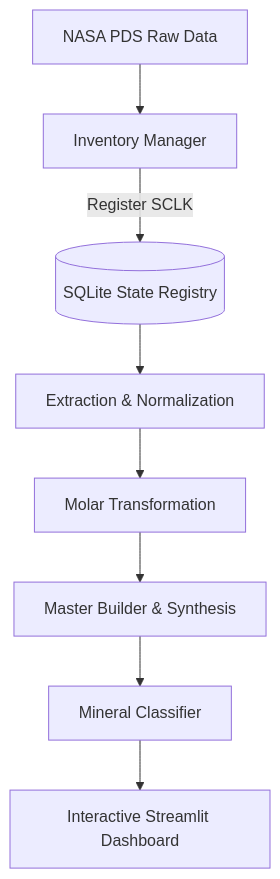
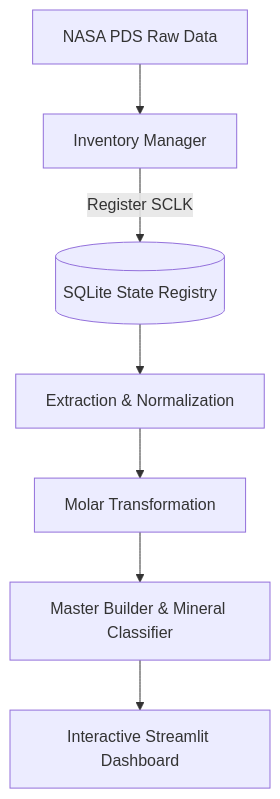
The diagram in README.md (EulerLft/Mars2020-Mineral-Classifier), drawn with Mermaid before and after one commit. The commit also changed other lines of this file, not shown here.

Commit message:
Updated README.md for visual clarity

````diff
--- a/README.md
+++ b/README.md
@@ -26,10 +26,9 @@
 ```mermaid
 graph TD
     A[NASA PDS Raw Data] --> B[Inventory Manager]
     B -->|Register SCLK| C[(SQLite State Registry)]
     C --> D[Extraction & Normalization]
     D --> E[Molar Transformation]
-    E --> F[Master Builder & Synthesis]
-    F --> G[Mineral Classifier]
-    G --> H[Interactive Streamlit Dashboard]
+    E --> F[Master Builder & Mineral Classifier]
+    F --> G[Interactive Streamlit Dashboard]
 ```
````
